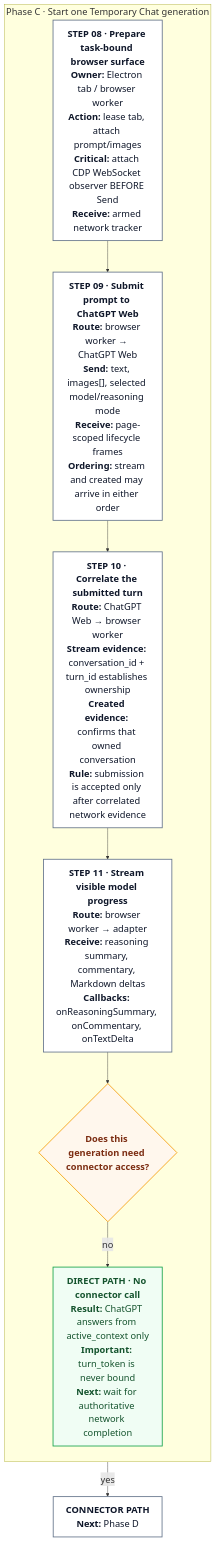
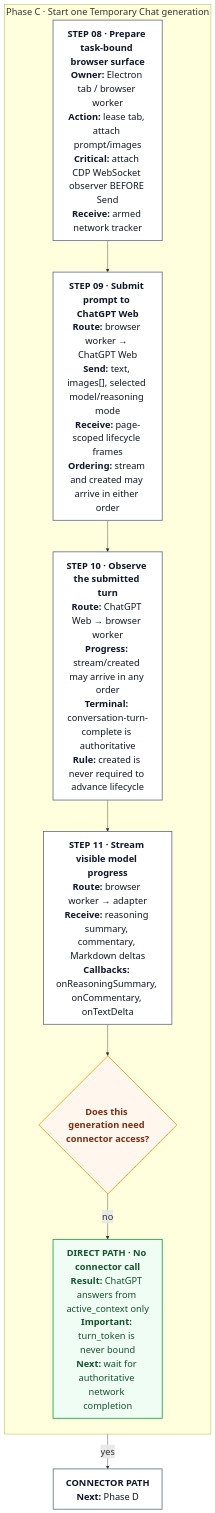
Before and after one commit to luongduy2798/lca-codex: the third of 8 diagrams in docs/architecture.md, drawn with Mermaid. The commit also changed other lines of this file and 3 other files, not shown here.

````diff
--- a/docs/architecture.md
+++ b/docs/architecture.md
@@ -118,21 +118,21 @@
 ```mermaid
 %%{init: {"themeVariables": {"fontSize": "22px"}, "flowchart": {"htmlLabels": true, "useMaxWidth": false}}}%%
 flowchart TD
     classDef card fill:#ffffff,stroke:#64748b,stroke-width:2px,color:#0f172a,font-size:22px
     classDef decision fill:#fff7ed,stroke:#f59e0b,stroke-width:2px,color:#7c2d12,font-size:22px
     classDef success fill:#f0fdf4,stroke:#16a34a,stroke-width:2px,color:#14532d,font-size:22px
 
     subgraph PC["Phase C · Start one Temporary Chat generation"]
         direction TB
         S08["<b>STEP 08 · Prepare task-bound browser surface</b><br/><b>Owner:</b> Electron tab / browser worker<br/><b>Action:</b> lease tab, attach prompt/images<br/><b>Critical:</b> attach CDP WebSocket observer BEFORE Send<br/><b>Receive:</b> armed network tracker"]:::card
         S09["<b>STEP 09 · Submit prompt to ChatGPT Web</b><br/><b>Route:</b> browser worker → ChatGPT Web<br/><b>Send:</b> text, images[], selected model/reasoning mode<br/><b>Receive:</b> page-scoped lifecycle frames<br/><b>Ordering:</b> stream and created may arrive in either order"]:::card
-        S10["<b>STEP 10 · Correlate the submitted turn</b><br/><b>Route:</b> ChatGPT Web → browser worker<br/><b>Stream evidence:</b> conversation_id + turn_id establishes ownership<br/><b>Created evidence:</b> confirms that owned conversation<br/><b>Rule:</b> submission is accepted only after correlated network evidence"]:::card
+        S10["<b>STEP 10 · Observe the submitted turn</b><br/><b>Route:</b> ChatGPT Web → browser worker<br/><b>Progress:</b> stream/created may arrive in any order<br/><b>Terminal:</b> conversation-turn-complete is authoritative<br/><b>Rule:</b> created is never required to advance lifecycle"]:::card
         S11["<b>STEP 11 · Stream visible model progress</b><br/><b>Route:</b> browser worker → adapter<br/><b>Receive:</b> reasoning summary, commentary, Markdown deltas<br/><b>Callbacks:</b> onReasoningSummary, onCommentary, onTextDelta"]:::card
         Q11{"<b>Does this generation need connector access?</b>"}:::decision
         D11["<b>DIRECT PATH · No connector call</b><br/><b>Result:</b> ChatGPT answers from active_context only<br/><b>Important:</b> turn_token is never bound<br/><b>Next:</b> wait for authoritative network completion"]:::success
     end
 
     S08 --> S09 --> S10 --> S11 --> Q11
     Q11 -- "no" --> D11
     Q11 -- "yes" --> C11["<b>CONNECTOR PATH</b><br/><b>Next:</b> Phase D"]:::card
 ```
````
